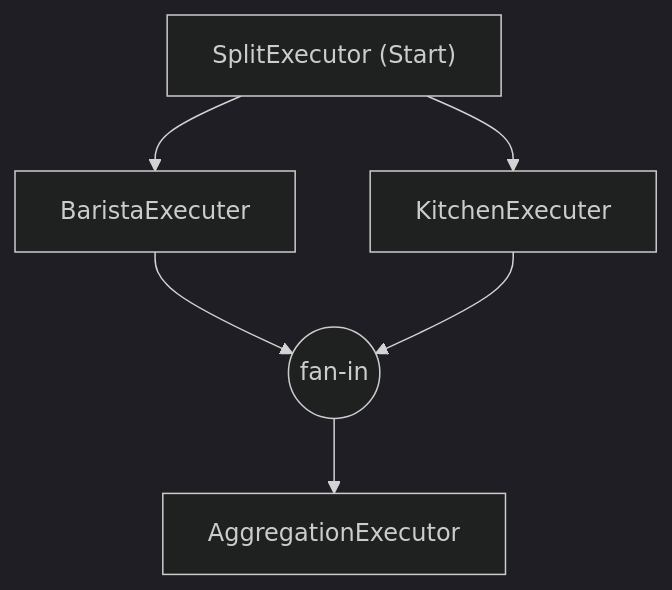
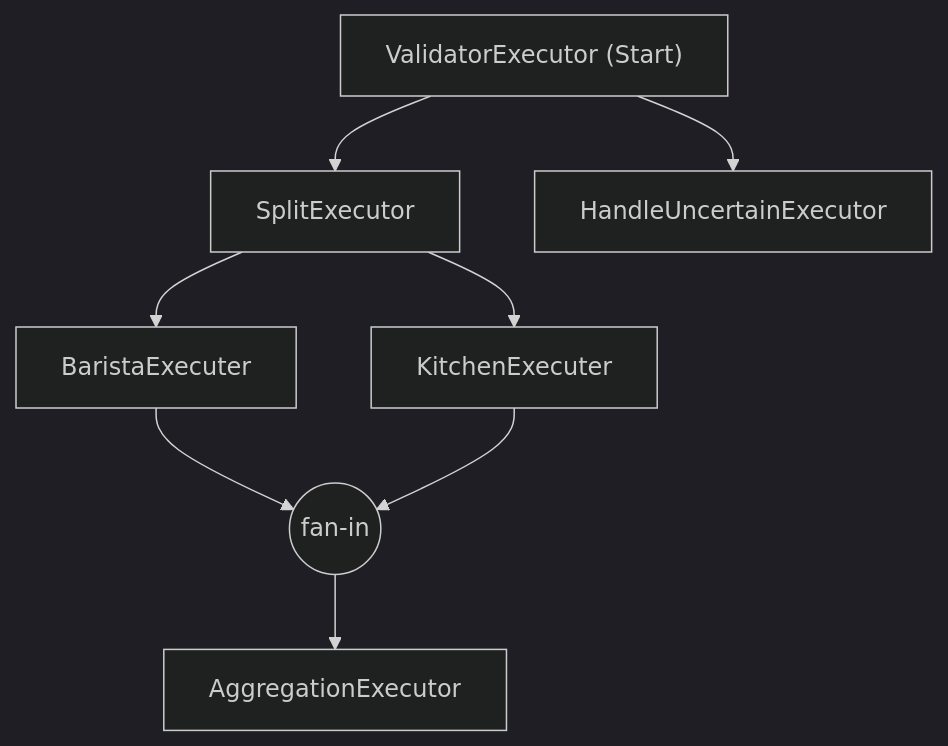
The second of 2 diagrams in README.md (thangchung/coffeeshop-agent), drawn with Mermaid (dark theme) before and after one commit. The commit also changed 2 other files, not shown here.

Commit message:
feat: add order validation and handling to CounterAgent
Enhanced workflow with ValidatorExecutor and HandleUncertainExecutor. Improved McpClient integration. Added GetItemTypes method in McpTools.

````diff
--- a/README.md
+++ b/README.md
@@ -111,14 +111,18 @@
 ```mermaid
 flowchart TD
-  SplitExecutor["SplitExecutor (Start)"];
+  ValidatorExecutor["ValidatorExecutor (Start)"];
+  SplitExecutor["SplitExecutor"];
+  HandleUncertainExecutor["HandleUncertainExecutor"];
   BaristaExecuter["BaristaExecuter"];
   KitchenExecuter["KitchenExecuter"];
   AggregationExecutor["AggregationExecutor"];
 
   fan_in::AggregationExecutor::76F793D9((fan-in))
   BaristaExecuter --> fan_in::AggregationExecutor::76F793D9;
   KitchenExecuter --> fan_in::AggregationExecutor::76F793D9;
   fan_in::AggregationExecutor::76F793D9 --> AggregationExecutor;
+  ValidatorExecutor --> SplitExecutor;
+  ValidatorExecutor --> HandleUncertainExecutor;
   SplitExecutor --> BaristaExecuter;
   SplitExecutor --> KitchenExecuter;
 ```
````
